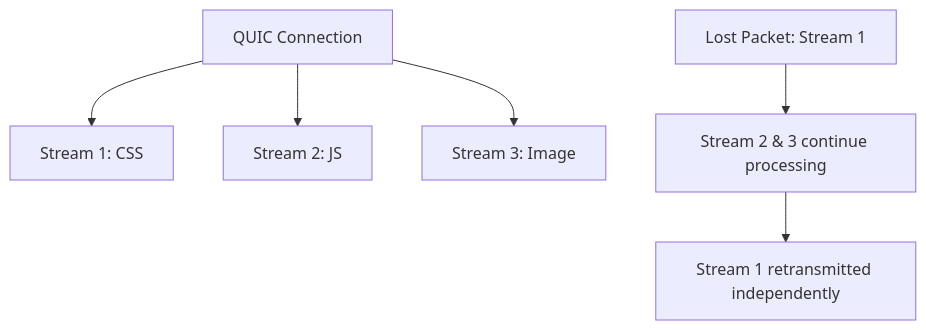
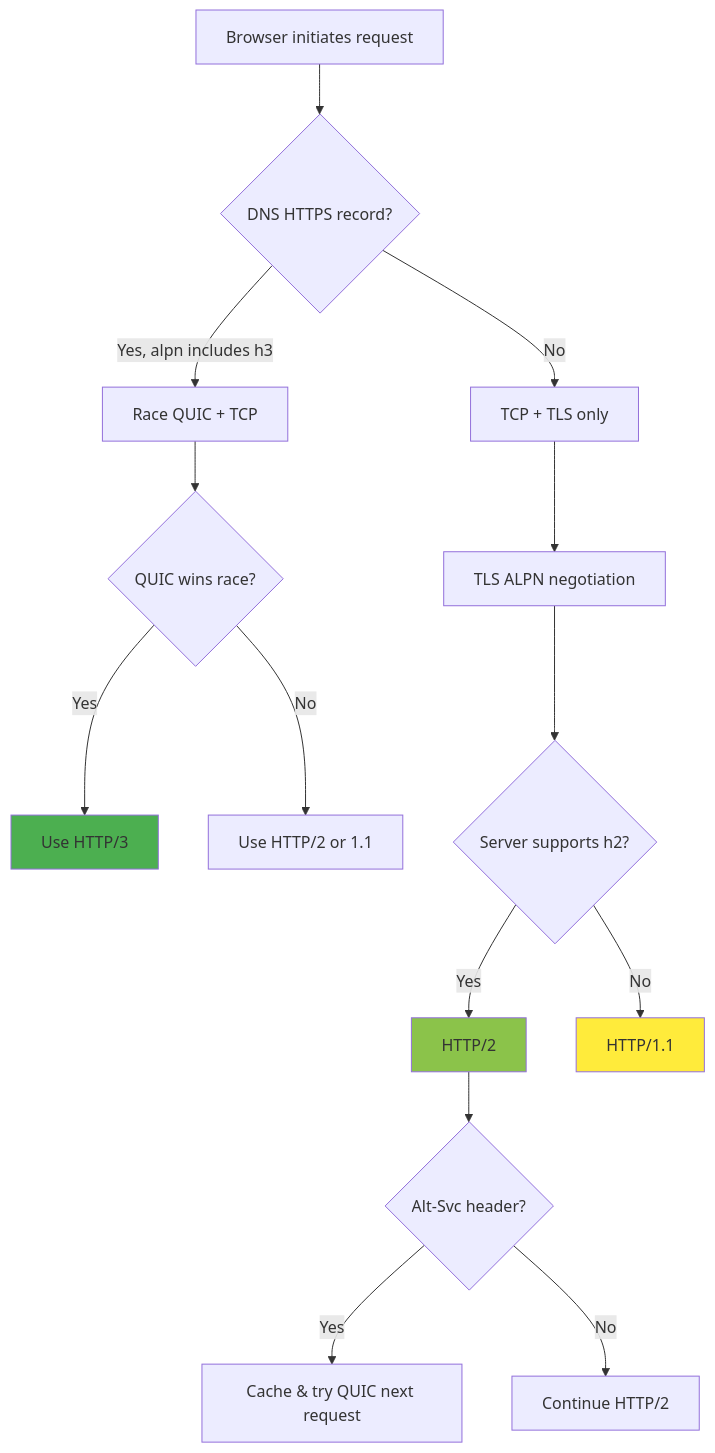
The eighth of 8 diagrams in v4/content/articles/web-foundations/networking-protocols/http3-quic-and-tls/README.md (sujeet-pro/legacy-personal-site), drawn with Mermaid before and after one commit. The commit also changed other lines of this file and 115 other files, not shown here.

````diff
--- a/v4/content/articles/web-foundations/networking-protocols/http3-quic-and-tls/README.md
+++ b/v4/content/articles/web-foundations/networking-protocols/http3-quic-and-tls/README.md
@@ -182,9 +439,24 @@
 ```mermaid
-graph TD
-    A[QUIC Connection] --> B[Stream 1: CSS]
-    A --> C[Stream 2: JS]
-    A --> D[Stream 3: Image]
+flowchart TD
+    A[Browser initiates request] --> B{DNS HTTPS record?}
 
-    E[Lost Packet: Stream 1] --> F[Stream 2 & 3 continue processing]
-    F --> G[Stream 1 retransmitted independently]
+    B -->|Yes, alpn includes h3| C[Race QUIC + TCP]
+    B -->|No| D[TCP + TLS only]
+
+    C --> E{QUIC wins race?}
+    E -->|Yes| F[Use HTTP/3]
+    E -->|No| G[Use HTTP/2 or 1.1]
+
+    D --> H[TLS ALPN negotiation]
+    H --> I{Server supports h2?}
+    I -->|Yes| J[HTTP/2]
+    I -->|No| K[HTTP/1.1]
+
+    J --> L{Alt-Svc header?}
+    L -->|Yes| M[Cache & try QUIC next request]
+    L -->|No| N[Continue HTTP/2]
+
+    style F fill:#4caf50
+    style J fill:#8bc34a
+    style K fill:#ffeb3b
 ```
````
